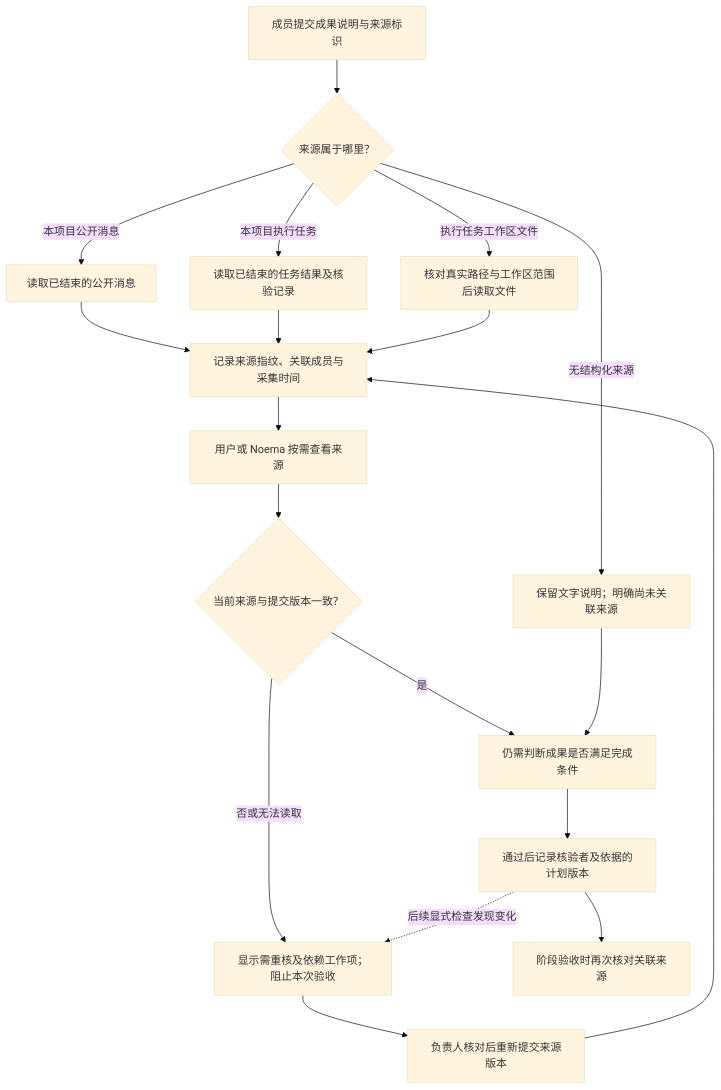
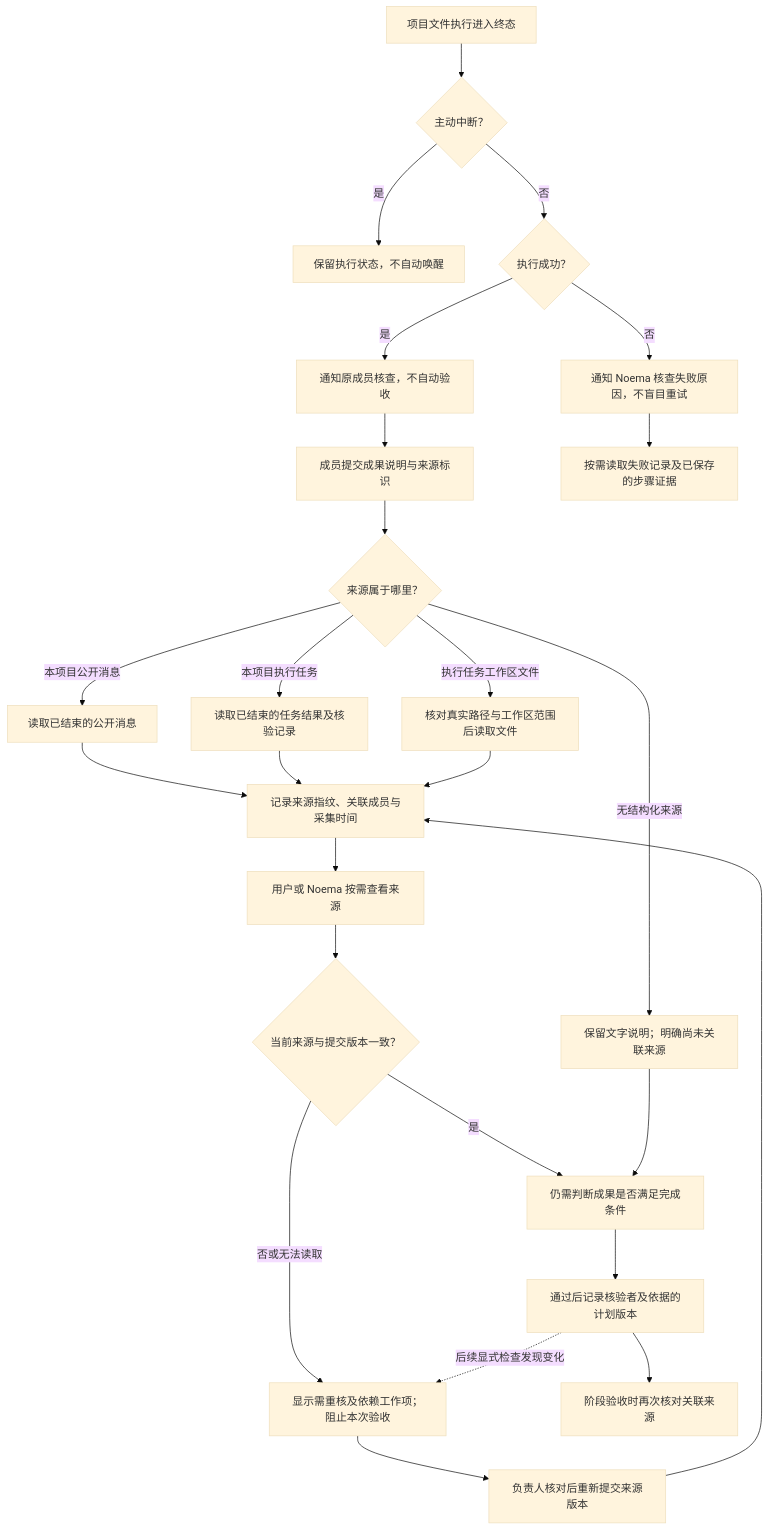
One commit to Noema-Harness/noema-agent changed the tenth of 14 diagrams in docs/design/noema-core-flows.md. Above: the diagram before and after it, drawn with Mermaid (base theme). The commit also changed 12 other files, not shown here.

````diff
--- a/docs/design/noema-core-flows.md
+++ b/docs/design/noema-core-flows.md
@@ -279,21 +279,28 @@
 ```mermaid
 flowchart TD
+    EXEC_END[项目文件执行进入终态] --> INTERRUPTED{主动中断？}
+    INTERRUPTED -- 是 --> HOLD[保留执行状态，不自动唤醒]
+    INTERRUPTED -- 否 --> EXEC_OK{执行成功？}
+    EXEC_OK -- 是 --> MEMBER_RESULT[通知原成员核查，不自动验收]
+    EXEC_OK -- 否 --> FAILURE_RESULT[通知 Noema 核查失败原因，不盲目重试]
+    MEMBER_RESULT --> RESULT
+    FAILURE_RESULT --> READ_RESULT[按需读取失败记录及已保存的步骤证据]
     RESULT[成员提交成果说明与来源标识] --> SOURCE{来源属于哪里？}
     SOURCE -- 本项目公开消息 --> MESSAGE[读取已结束的公开消息]
     SOURCE -- 本项目执行任务 --> EXECUTION[读取已结束的任务结果及核验记录]
     SOURCE -- 执行任务工作区文件 --> FILE[核对真实路径与工作区范围后读取文件]
     MESSAGE --> SNAPSHOT[记录来源指纹、关联成员与采集时间]
     EXECUTION --> SNAPSHOT
     FILE --> SNAPSHOT
     SOURCE -- 无结构化来源 --> TEXT[保留文字说明；明确尚未关联来源]
     SNAPSHOT --> READ[用户或 Noema 按需查看来源]
     READ --> COMPARE{当前来源与提交版本一致？}
     COMPARE -- 否或无法读取 --> STALE[显示需重核及依赖工作项；阻止本次验收]
     STALE --> RESUBMIT[负责人核对后重新提交来源版本]
     RESUBMIT --> SNAPSHOT
     COMPARE -- 是 --> JUDGE[仍需判断成果是否满足完成条件]
     TEXT --> JUDGE
     JUDGE --> ACCEPT[通过后记录核验者及依据的计划版本]
     ACCEPT --> PHASE[阶段验收时再次核对关联来源]
     ACCEPT -. 后续显式检查发现变化 .-> STALE
 ```
````
